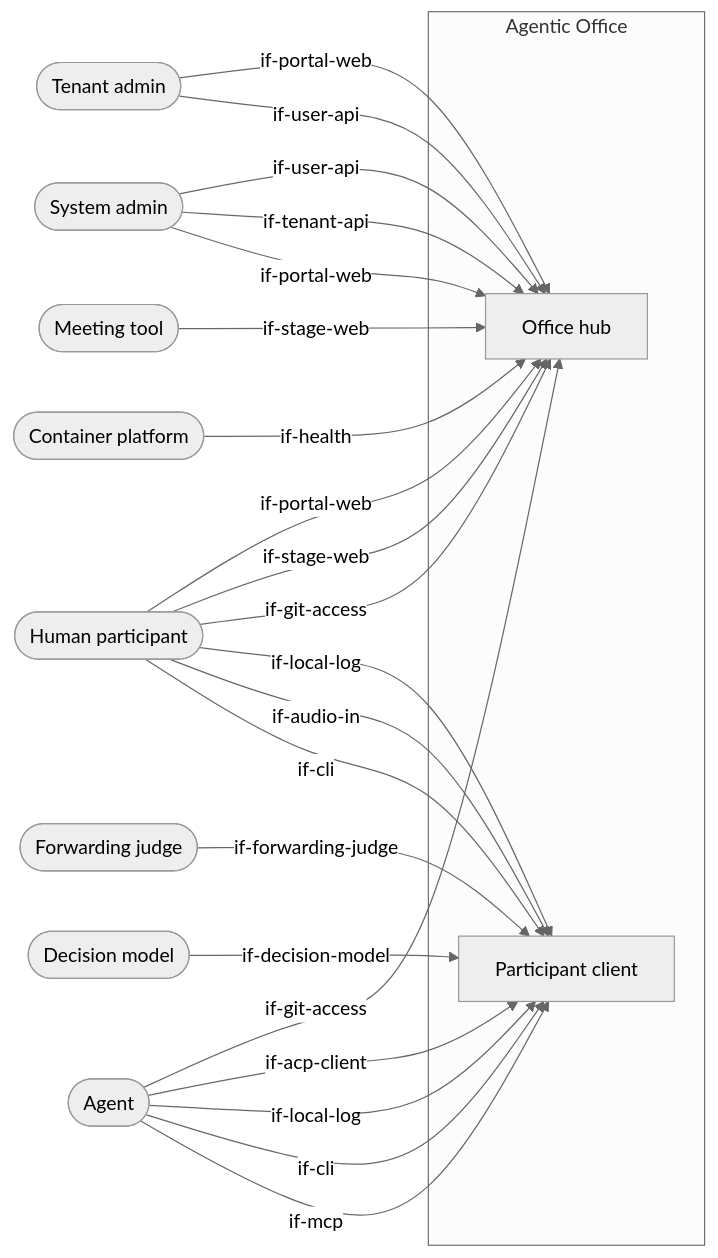
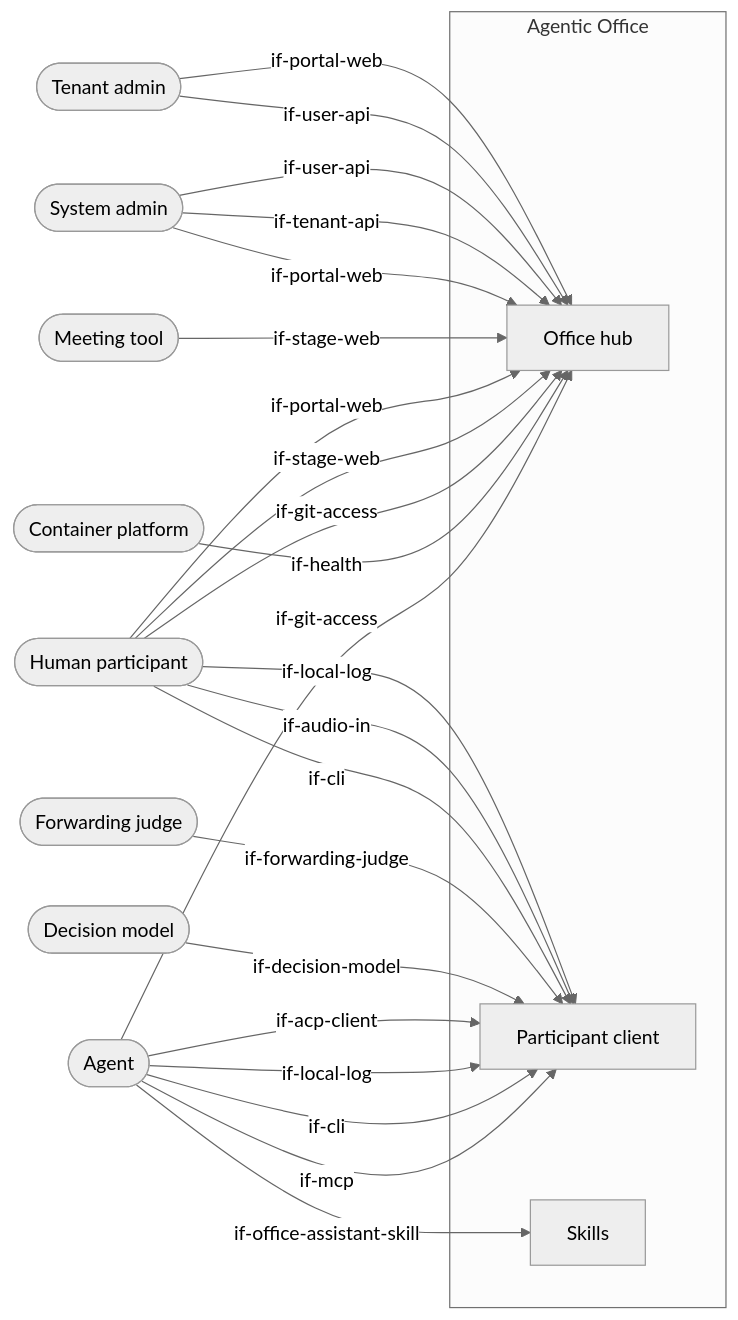
Before and after one commit to mrsimpson/agentic-office: the diagram in docs/architecture/03-system-context.arc42.md, drawn with Mermaid (neutral theme). The commit also changed other lines of this file and 8 other files, not shown here.

First line of the commit message:
docs(architecture): model the skills as a building block

````diff
--- a/docs/architecture/03-system-context.arc42.md
+++ b/docs/architecture/03-system-context.arc42.md
@@ -20,35 +20,37 @@
 ```mermaid
 flowchart LR
     actor_agent([Agent])
     actor_container_platform([Container platform])
     actor_decision_model([Decision model])
     actor_forwarding_judge([Forwarding judge])
     actor_human([Human participant])
     actor_meeting_tool([Meeting tool])
     actor_system_admin([System admin])
     actor_tenant_admin([Tenant admin])
     subgraph office [Agentic Office]
         bb_office_hub[Office hub]
         bb_participant_client[Participant client]
+        bb_skills[Skills]
     end
     actor_agent -->|if-mcp| bb_participant_client
     actor_agent -->|if-cli| bb_participant_client
     actor_agent -->|if-local-log| bb_participant_client
     actor_agent -->|if-acp-client| bb_participant_client
     actor_agent -->|if-git-access| bb_office_hub
+    actor_agent -->|if-office-assistant-skill| bb_skills
     actor_container_platform -->|if-health| bb_office_hub
     actor_decision_model -->|if-decision-model| bb_participant_client
     actor_forwarding_judge -->|if-forwarding-judge| bb_participant_client
     actor_human -->|if-cli| bb_participant_client
     actor_human -->|if-audio-in| bb_participant_client
     actor_human -->|if-local-log| bb_participant_client
     actor_human -->|if-git-access| bb_office_hub
     actor_human -->|if-stage-web| bb_office_hub
     actor_human -->|if-portal-web| bb_office_hub
     actor_meeting_tool -->|if-stage-web| bb_office_hub
     actor_system_admin -->|if-portal-web| bb_office_hub
     actor_system_admin -->|if-tenant-api| bb_office_hub
     actor_system_admin -->|if-user-api| bb_office_hub
     actor_tenant_admin -->|if-user-api| bb_office_hub
     actor_tenant_admin -->|if-portal-web| bb_office_hub
 ```
````
